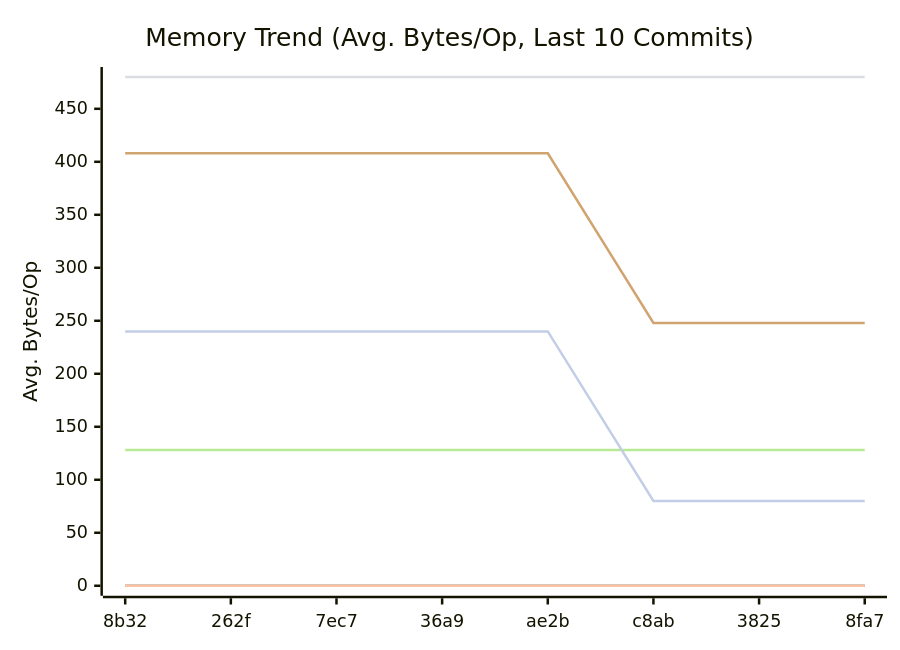
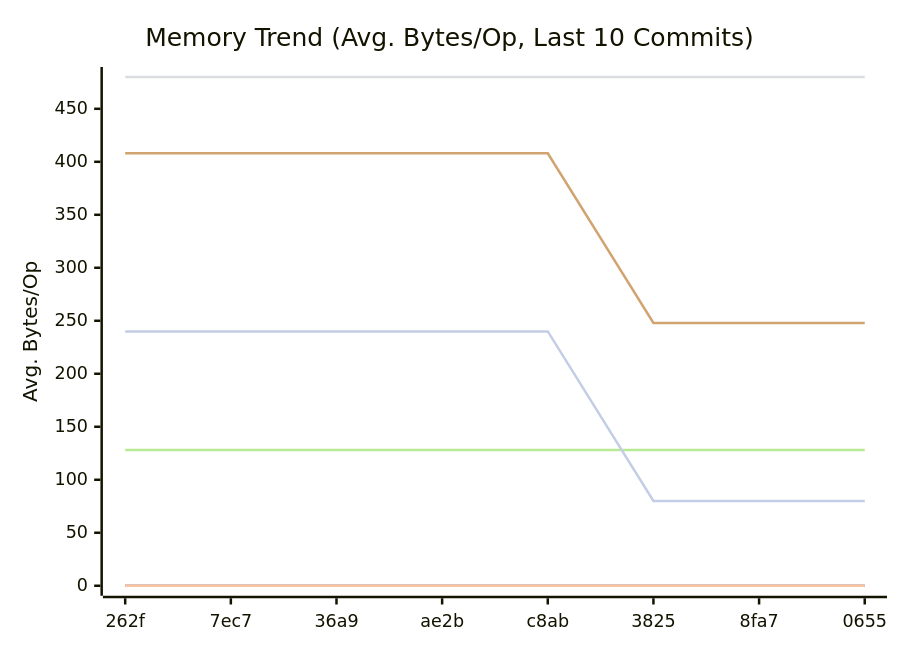
The second of 3 diagrams in docs/README.md (alsotoes/momo), drawn with Mermaid before and after one commit. The commit also changed other lines of this file and 1 other file, not shown here.

````diff
--- a/docs/README.md
+++ b/docs/README.md
@@ -318,14 +318,14 @@
 ```mermaid
 xychart-beta
     title "Memory Trend (Avg. Bytes/Op, Last 10 Commits)"
     x-axis "Commit"
     y-axis "Avg. Bytes/Op"
-    x-axis [8b32,262f,7ec7,36a9,ae2b,c8ab,3825,8fa7]
+    x-axis [262f,7ec7,36a9,ae2b,c8ab,3825,8fa7,0655]
     line "CheckMetricsAndSwap" [0,0,0,0,0,0,0,0,0,0]
     line "IndexDirectTracking" [0,0,0,0,0,0,0,0,0,0]
     line "IndexSearch" [0,0,0,0,0,0,0,0,0,0]
     line "LoadGlobalConfig" [480,480,480,480,480,480,480,480,480,480]
     line "PadString" [128,128,128,128,128,128,128,128,128,128]
     line "ParseReplicationOrder_NoPrealloc" [408,408,408,408,408,248,248,248,248,248]
     line "ParseReplicationOrder_Prealloc" [240,240,240,240,240,80,80,80,80,80]
 ```
````
